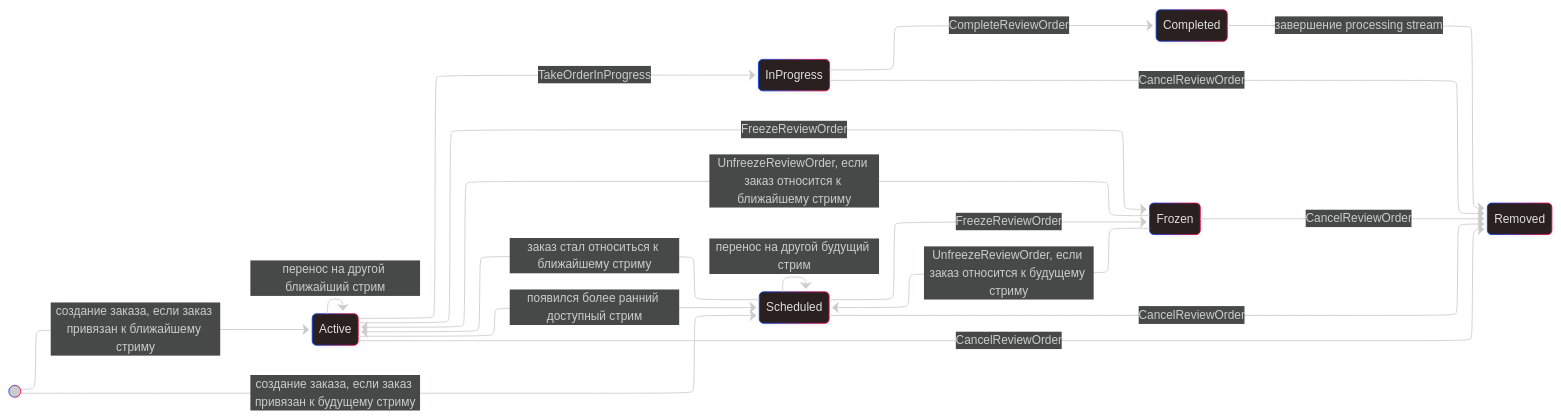
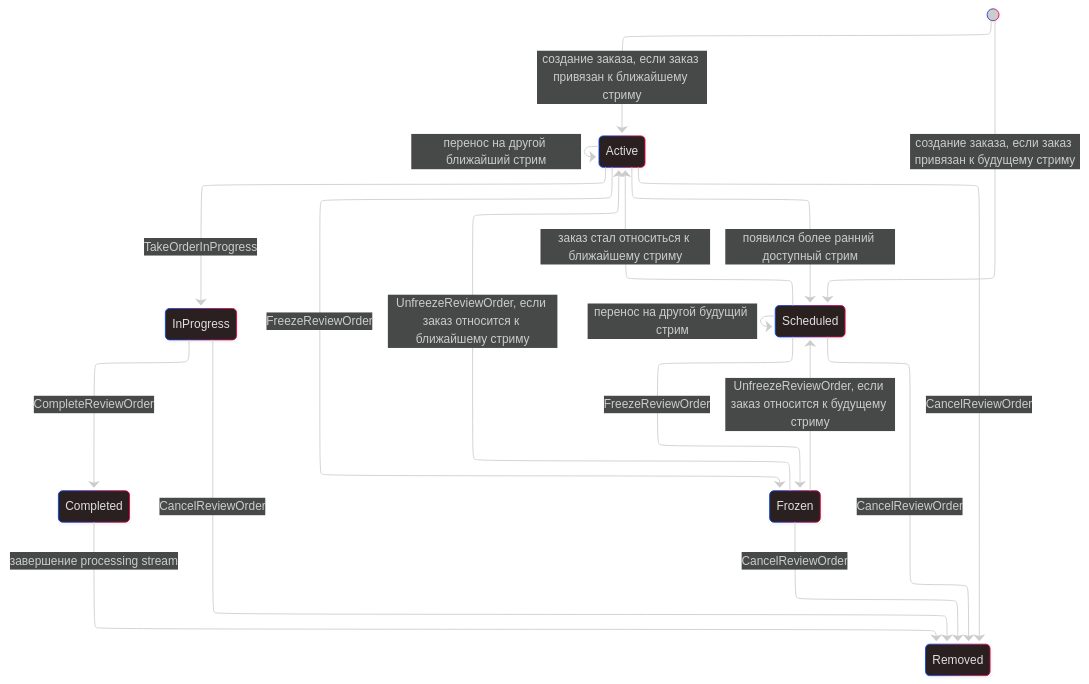
The diagram in backend/use-cases/order-queue/order-activity-status-graph.md (farymacomposer/webapp), drawn with Mermaid before and after one commit. The commit also changed 1 other file, not shown here.

````diff
--- a/backend/use-cases/order-queue/order-activity-status-graph.md
+++ b/backend/use-cases/order-queue/order-activity-status-graph.md
@@ -4,27 +4,27 @@
 ```mermaid
 ---
 config:
   layout: elk
   theme: neo-dark
   look: neo
 ---
 stateDiagram
-  direction LR
+  direction TB
   [*] --> Active:создание заказа, если заказ привязан к ближайшему стриму
   [*] --> Scheduled:создание заказа, если заказ привязан к будущему стриму
   Active --> InProgress:TakeOrderInProgress
   InProgress --> Completed:CompleteReviewOrder
   Completed --> Removed:завершение processing stream
   Active --> Frozen:FreezeReviewOrder
   Scheduled --> Frozen:FreezeReviewOrder
   Frozen --> Active:UnfreezeReviewOrder, если заказ относится к ближайшему стриму
   Frozen --> Scheduled:UnfreezeReviewOrder, если заказ относится к будущему стриму
   Active --> Removed:CancelReviewOrder
   Scheduled --> Removed:CancelReviewOrder
   Frozen --> Removed:CancelReviewOrder
   InProgress --> Removed:CancelReviewOrder
   Scheduled --> Active:заказ стал относиться к ближайшему стриму
   Active --> Scheduled:появился более ранний доступный стрим
   Scheduled --> Scheduled:перенос на другой будущий стрим
   Active --> Active:перенос на другой ближайший стрим
 ```
````
